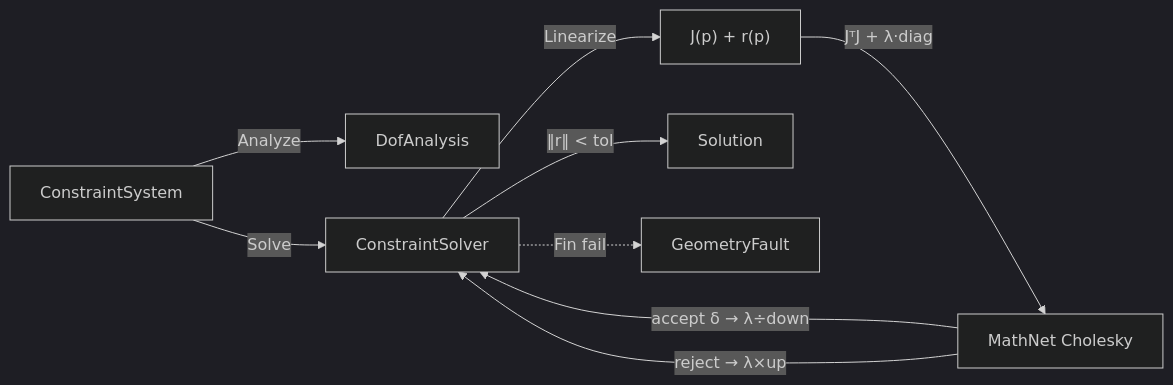
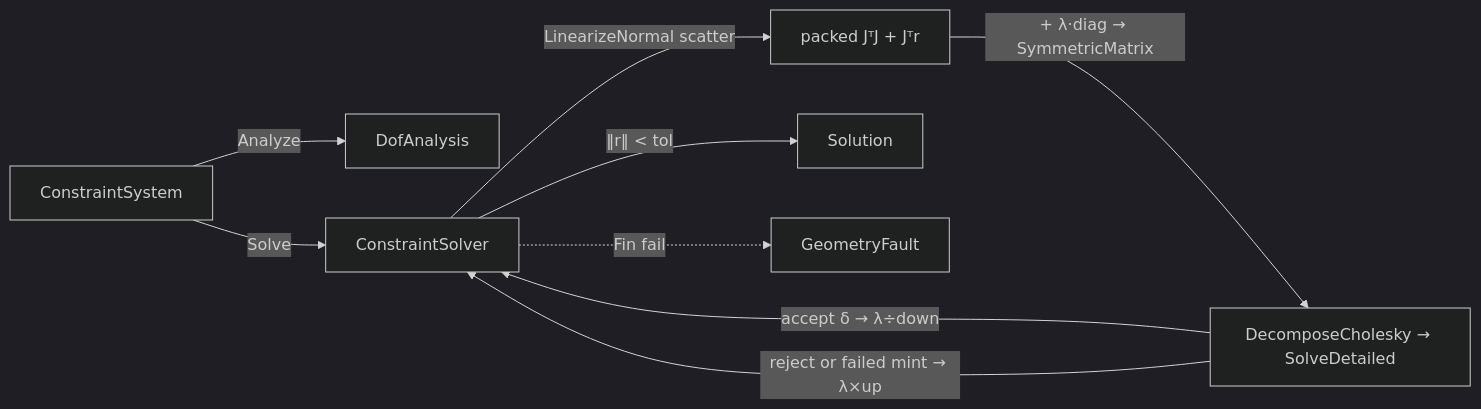
One commit to bsamiee/Rasm changed the diagram in libs/csharp/Rasm/.planning/Processing/solver.md. Above: the diagram before and after it, drawn with Mermaid (dark theme). The commit also changed other lines of this file and 64 other files, not shown here.

````diff
--- a/libs/csharp/Rasm/.planning/Processing/solver.md
+++ b/libs/csharp/Rasm/.planning/Processing/solver.md
@@ -363,11 +401,11 @@
 ```mermaid
 flowchart LR
     ConstraintSystem -->|Analyze| DofAnalysis
     ConstraintSystem -->|Solve| ConstraintSolver
-    ConstraintSolver -->|Linearize| Jacobian["J(p) + r(p)"]
-    Jacobian -->|JᵀJ + λ·diag| Cholesky["MathNet Cholesky"]
+    ConstraintSolver -->|LinearizeNormal scatter| Jacobian["packed JᵀJ + Jᵀr"]
+    Jacobian -->|"+ λ·diag → SymmetricMatrix"| Cholesky["DecomposeCholesky → SolveDetailed"]
     Cholesky -->|accept δ → λ÷down| ConstraintSolver
-    Cholesky -->|reject → λ×up| ConstraintSolver
+    Cholesky -->|reject or failed mint → λ×up| ConstraintSolver
     ConstraintSolver -->|‖r‖ < tol| Solution
     ConstraintSolver -.->|Fin fail| GeometryFault
 ```
````
